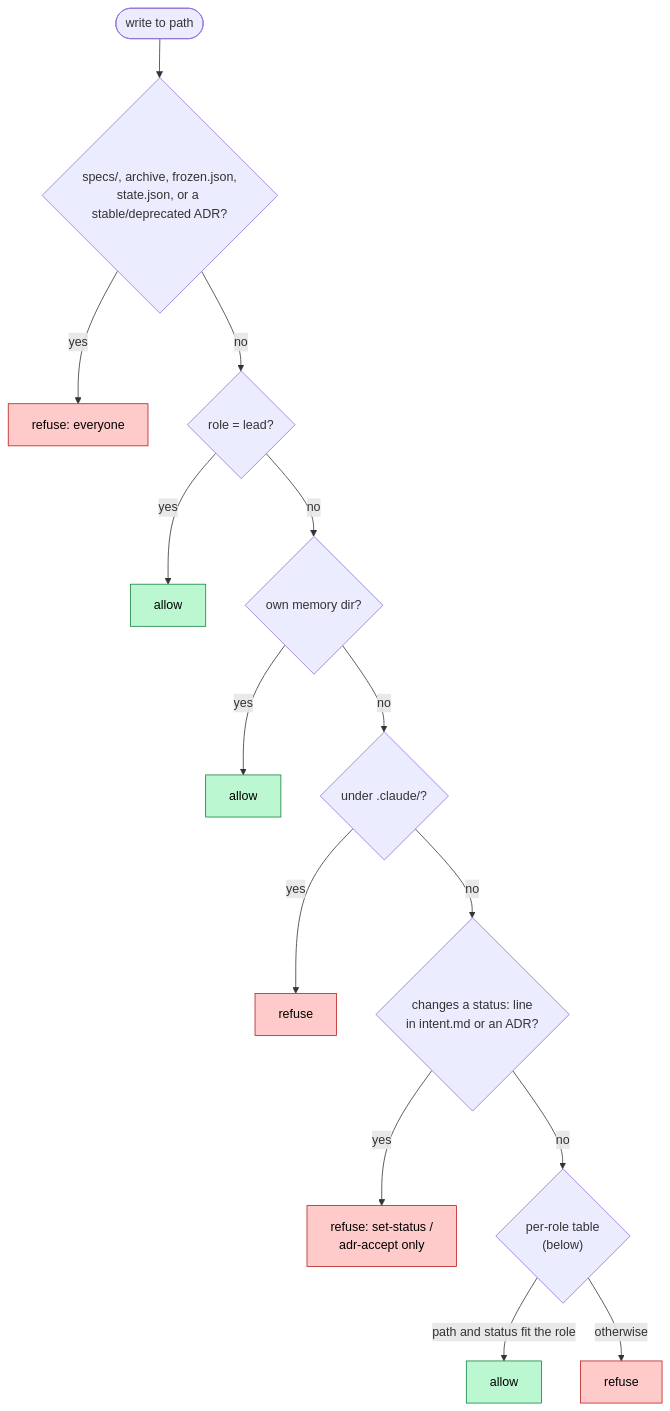
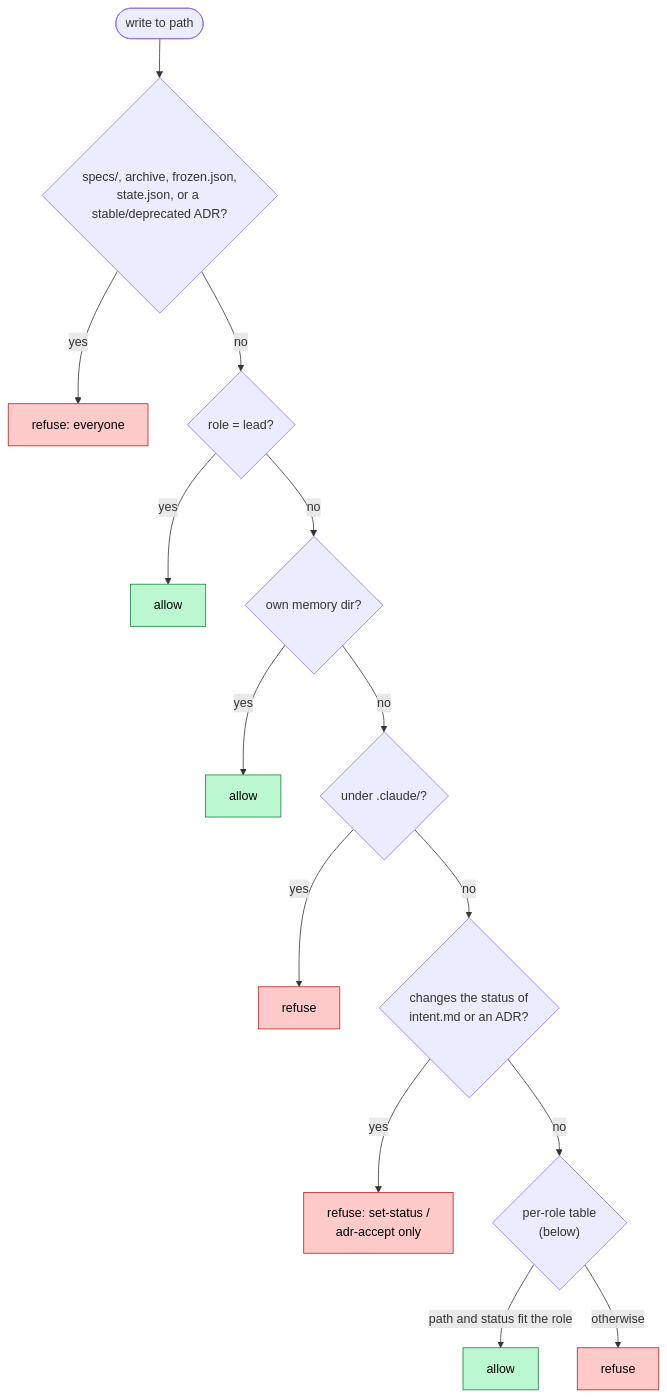
Before and after one commit to gpr/claude-plugins: the diagram in plugins/meta/sdd/docs/reference/guard-rules.md, drawn with Mermaid. The commit also changed other lines of this file and 23 other files, not shown here.

````diff
--- a/plugins/meta/sdd/docs/reference/guard-rules.md
+++ b/plugins/meta/sdd/docs/reference/guard-rules.md
@@ -37,20 +37,20 @@
 ```mermaid
 flowchart TD
     W([write to path]) --> P{"specs/, archive, frozen.json,<br/>state.json, or a stable/deprecated ADR?"}
     P -- yes --> X1[refuse: everyone]
     P -- no --> L{"role = lead?"}
     L -- yes --> A1[allow]
     L -- no --> M{"own memory dir?"}
     M -- yes --> A2[allow]
     M -- no --> C{"under .claude/?"}
     C -- yes --> X2[refuse]
-    C -- no --> S{"changes a status: line<br/>in intent.md or an ADR?"}
+    C -- no --> S{"changes the status of<br/>intent.md or an ADR?"}
     S -- yes --> X3["refuse: set-status /<br/>adr-accept only"]
     S -- no --> R{"per-role table<br/>(below)"}
     R -- "path and status fit the role" --> A3[allow]
     R -- otherwise --> X4[refuse]
     classDef ok fill:#bbf7d0,stroke:#15803d,color:#000
     classDef no fill:#fecaca,stroke:#b91c1c,color:#000
     class A1,A2,A3 ok
     class X1,X2,X3,X4 no
 ```
````
